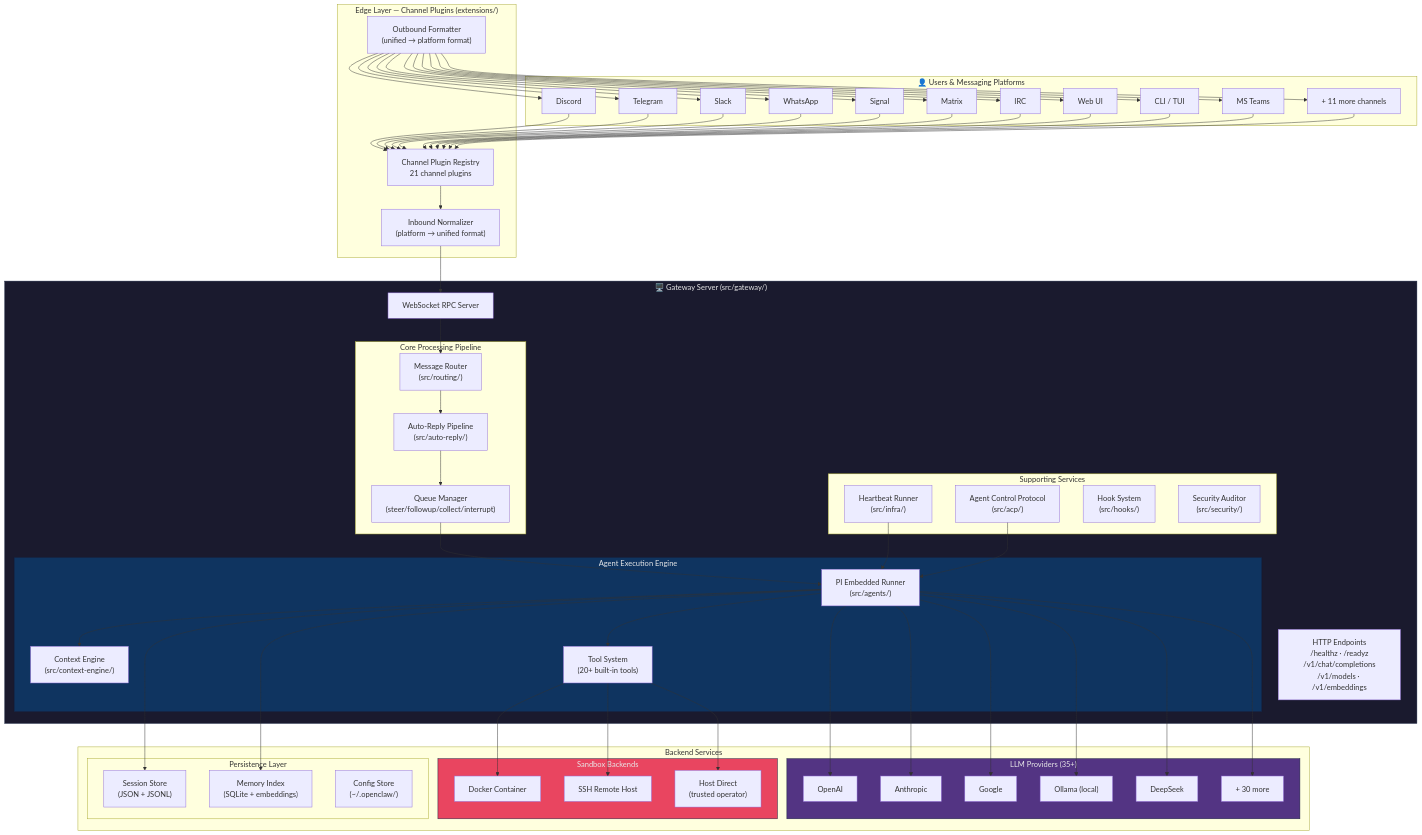
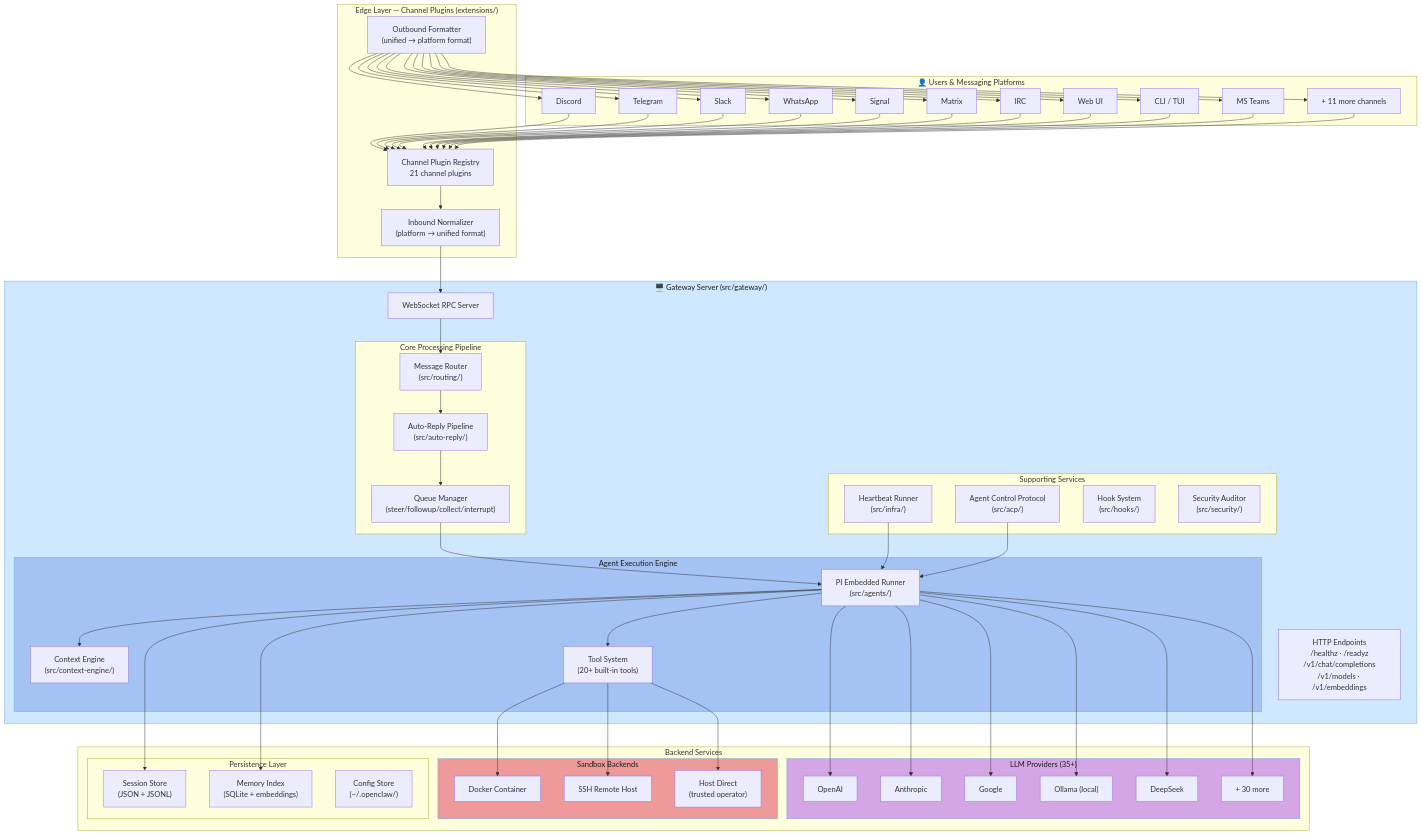
One commit to lordaouy/openclaw changed the second of 44 diagrams in docs/reference/technical-architecture-report.md. Above: the diagram before and after it, drawn with Mermaid. The commit also changed other lines of this file, not shown here.

First line of the commit message:
docs: replace dark Mermaid diagram colors with light readable palette

````diff
--- a/docs/reference/technical-architecture-report.md
+++ b/docs/reference/technical-architecture-report.md
@@ -173,8 +173,8 @@
     ACP --> PIRunner
     OutboundFmt --> Discord & Telegram & Slack & WhatsApp & Signal & Matrix & IRC & WebUI & CLI & MSTeams & MoreChannels
 
-    style GatewayServer fill:#1a1a2e,stroke:#16213e,color:#e8e8e8
-    style AgentEngine fill:#0f3460,stroke:#16213e,color:#e8e8e8
-    style LLMProviders fill:#533483,stroke:#16213e,color:#e8e8e8
-    style SandboxBackends fill:#e94560,stroke:#16213e,color:#e8e8e8
+    style GatewayServer fill:#d0e8ff,stroke:#6fa8dc,color:#1a1a1a
+    style AgentEngine fill:#a4c2f4,stroke:#6fa8dc,color:#1a1a1a
+    style LLMProviders fill:#d5a6e6,stroke:#6fa8dc,color:#1a1a1a
+    style SandboxBackends fill:#ef9a9a,stroke:#6fa8dc,color:#1a1a1a
 ```
````
